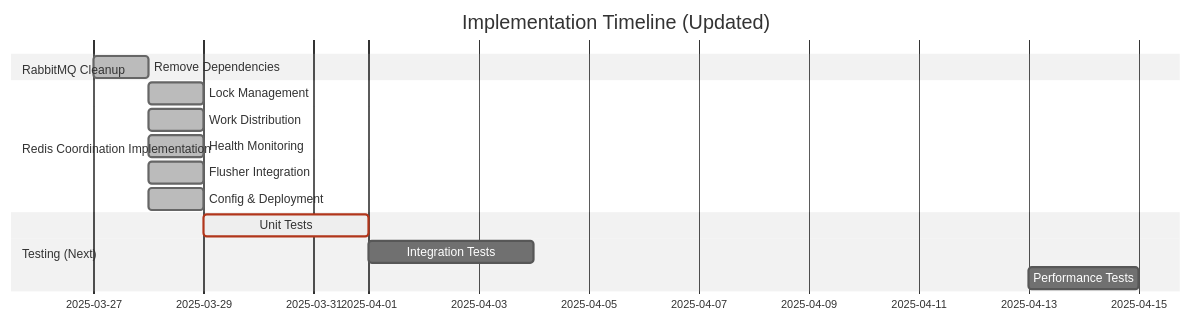
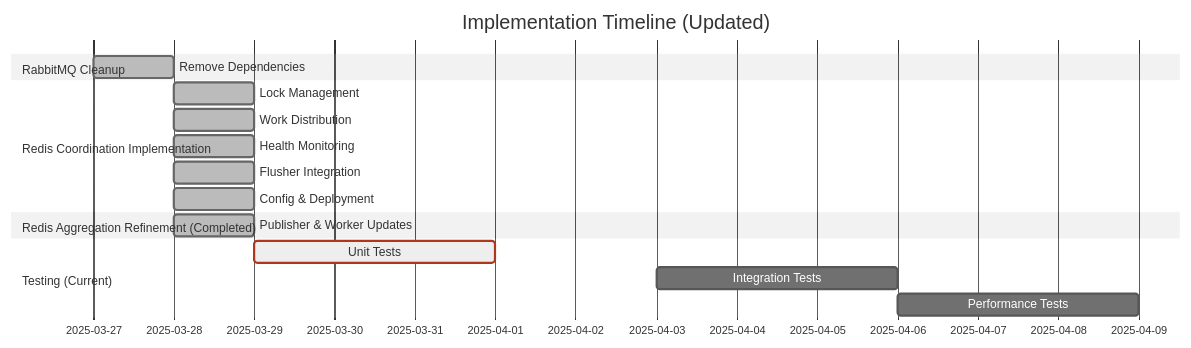
One commit to hackathon-nstech/database-nsdocs-consumption-module changed the third of 3 diagrams in memory-bank/progress.md. Above: the diagram before and after it, drawn with Mermaid (neutral theme). The commit also changed other lines of this file and 18 other files, not shown here.

````diff
--- a/memory-bank/progress.md
+++ b/memory-bank/progress.md
@@ -127,20 +146,23 @@
 ```mermaid
 gantt
     title Implementation Timeline (Updated)
     dateFormat YYYY-MM-DD
-    
+
     section RabbitMQ Cleanup
     Remove Dependencies :done, 2025-03-27, 1d
-    
+
     section Redis Coordination Implementation
-    Lock Management :done, 2025-03-28, 1d 
+    Lock Management :done, 2025-03-28, 1d
     Work Distribution :done, 2025-03-28, 1d
     Health Monitoring :done, 2025-03-28, 1d
     Flusher Integration :done, 2025-03-28, 1d
     Config & Deployment :done, 2025-03-28, 1d
-    
-    section Testing (Next)
+
+    section Redis Aggregation Refinement (Completed)
+    Publisher & Worker Updates :done, 2025-03-28, 1d
+
+    section Testing (Current)
     Unit Tests :crit, active, 2025-03-29, 3d
-    Integration Tests :2025-04-01, 3d
-    Performance Tests :2025-04-13, 2025-04-15
+    Integration Tests :2025-04-03, 3d
+    Performance Tests :2025-04-06, 3d
 ```
````
